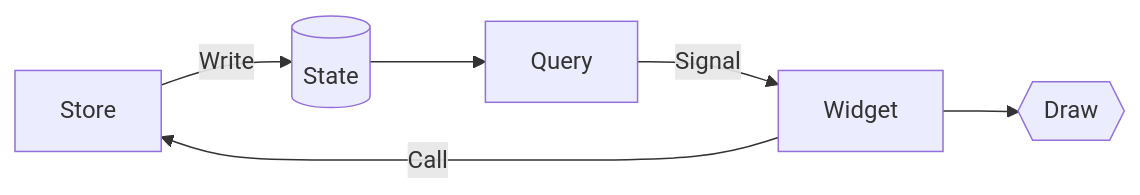
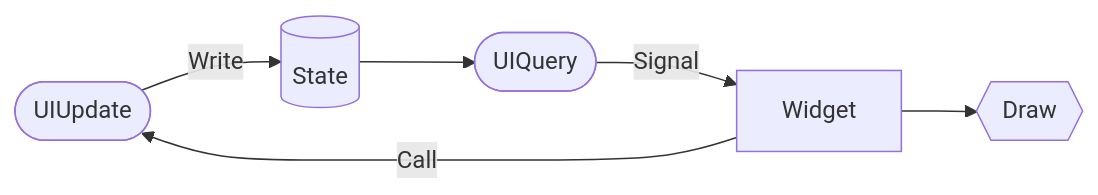
Before and after one commit to iced-rs/rfcs: the second of 2 diagrams in text/0000-shared-widget-state.md, drawn with Mermaid. The commit also changed other lines of this file, not shown here.

````diff
--- a/text/0000-shared-widget-state.md
+++ b/text/0000-shared-widget-state.md
@@ -56,8 +56,8 @@
 ```mermaid
   graph LR;
-    Store--Write-->State[(State)];
-    Query--Signal-->Widget
-    State-->Query;
-    Widget--Call-->Store;
+    UIUpdate([UIUpdate])--Write-->State[(State)];
+    UIQuery([UIQuery])--Signal-->Widget
+    State-->UIQuery;
+    Widget--Call-->UIUpdate;
     Widget-->Draw{{Draw}}
 ```
````
